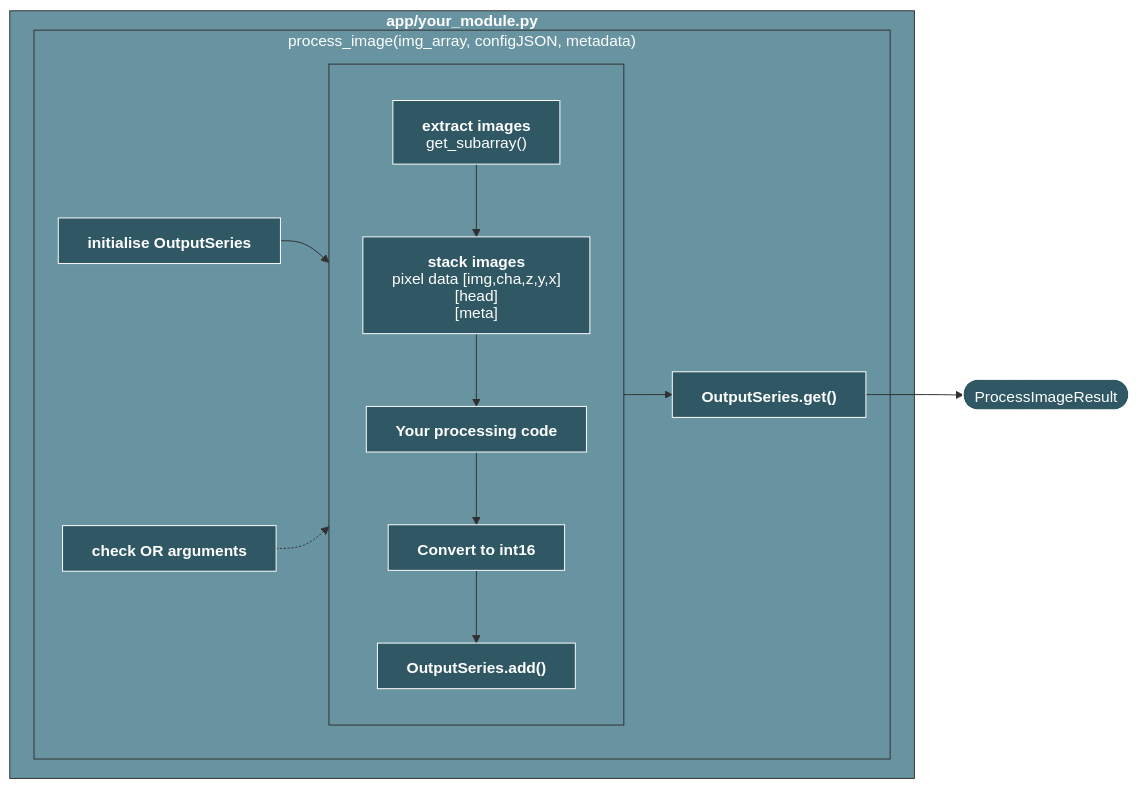
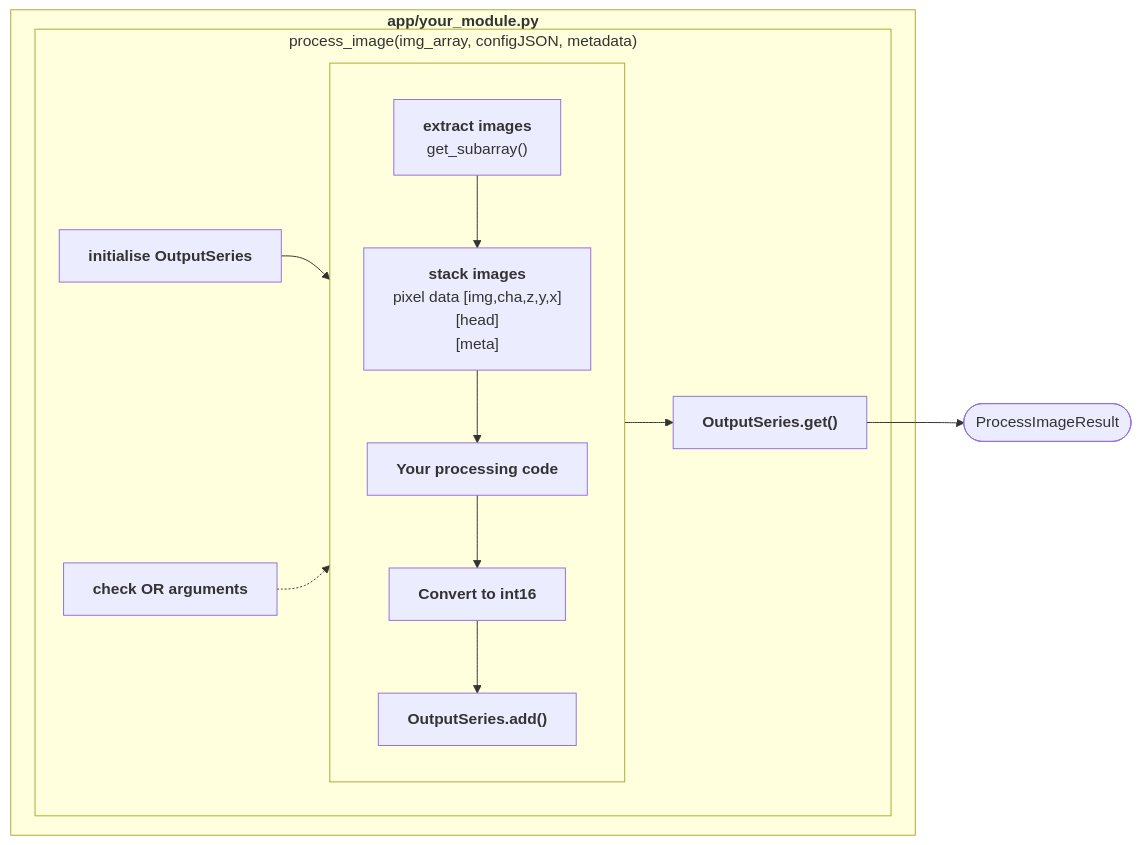
The second of 2 diagrams in README.md (benoitberanger/python-openrecon-server), drawn with Mermaid before and after one commit. The commit also changed other lines of this file and 23 other files, not shown here.

Commit message:
Mermaid integration for docs + doc completion and fix

````diff
--- a/README.md
+++ b/README.md
@@ -72,44 +72,31 @@
 ```mermaid
----
-config:
-  htmlLabels: false
-  theme: 'base'
-  themeVariables:
-    primaryColor: '#2f5864'
-    primaryTextColor: '#fff'
-    tertiaryTextColor: '#fff'
-    primaryBorderColor: '#fff'
-    tertiaryBorderColor: '#303030'
-    lineColor: '#303030'
-    tertiaryColor: '#6893a0'
----
 flowchart LR
 
     subgraph app["`**app/your_module.py**`"]
         subgraph process_image["process_image(img_array, configJSON, metadata)"]
 
             init_series["`**initialise OutputSeries**`"] --> process
             or_arg["`**check OR arguments**`"] -.-> process
 
             subgraph process[" "]
                 subarray["`**extract images**
                             get_subarray()`"]
                 stack["`**stack images**
                         pixel data [img,cha,z,y,x]
                         [head]
                         [meta]`"]
                 your_code["`**Your processing code**`"]
                 recast["`**Convert to int16**`"]
                 add["`**OutputSeries.add()**`"]
 
                 subarray --> stack --> your_code --> recast --> add
 
             end
         process --> get["`**OutputSeries.get()**`"]
         
         end
 
     end
 
     get --> output([ProcessImageResult])
 ```
````
